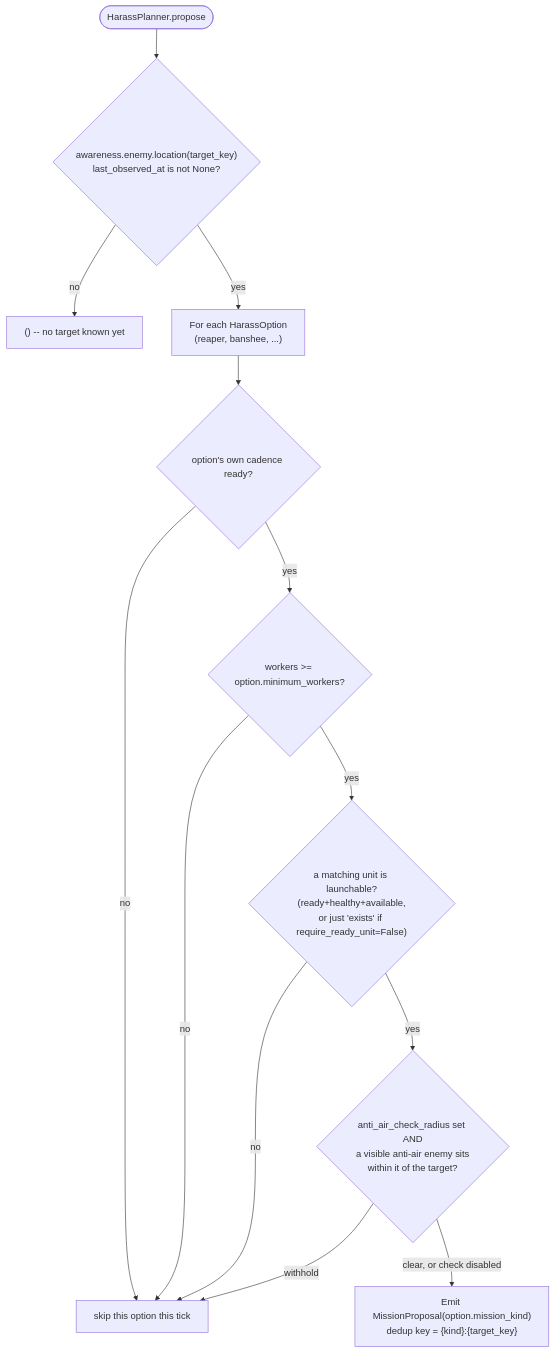
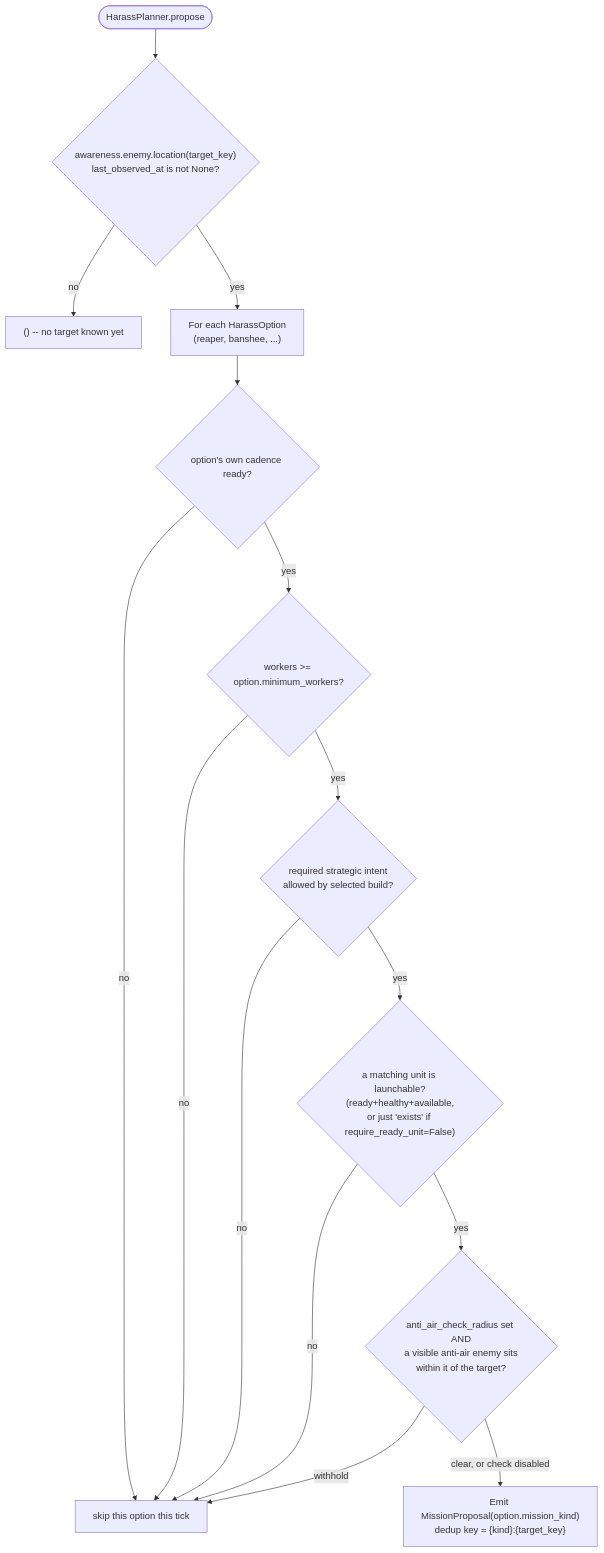
Before and after one commit to LeonardoSilvestrin/sc2bot: the second of 2 diagrams in _botdev/architecture/harass-and-defense-planners.md, drawn with Mermaid. The commit also changed other lines of this file and 38 other files, not shown here.

````diff
--- a/_botdev/architecture/harass-and-defense-planners.md
+++ b/_botdev/architecture/harass-and-defense-planners.md
@@ -99,15 +99,17 @@
 ```mermaid
 flowchart TD
     Propose(["HarassPlanner.propose"]) --> Loc{"awareness.enemy.location(target_key)\nlast_observed_at is not None?"}
     Loc -->|no| Empty["() -- no target known yet"]
     Loc -->|yes| PerOption["For each HarassOption\n(reaper, banshee, ...)"]
     PerOption --> Cadence{"option's own cadence ready?"}
     Cadence -->|no| Skip["skip this option this tick"]
     Cadence -->|yes| Workers{"workers >= option.minimum_workers?"}
     Workers -->|no| Skip
-    Workers -->|yes| Launchable{"a matching unit is launchable?\n(ready+healthy+available,\nor just 'exists' if require_ready_unit=False)"}
+    Workers -->|yes| Intent{"required strategic intent\nallowed by selected build?"}
+    Intent -->|no| Skip
+    Intent -->|yes| Launchable{"a matching unit is launchable?\n(ready+healthy+available,\nor just 'exists' if require_ready_unit=False)"}
     Launchable -->|no| Skip
     Launchable -->|yes| Safe{"anti_air_check_radius set AND\na visible anti-air enemy sits\nwithin it of the target?"}
     Safe -->|withhold| Skip
     Safe -->|clear, or check disabled| Emit["Emit MissionProposal(option.mission_kind)\ndedup key = {kind}:{target_key}"]
 ```
````
